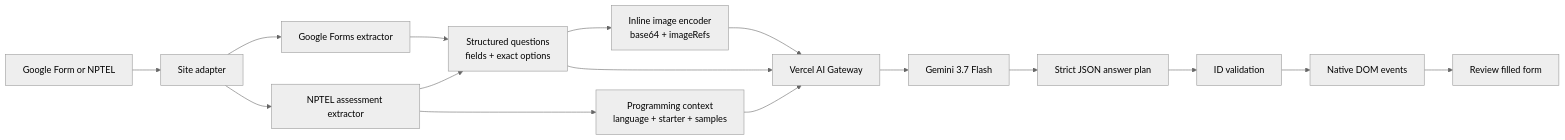
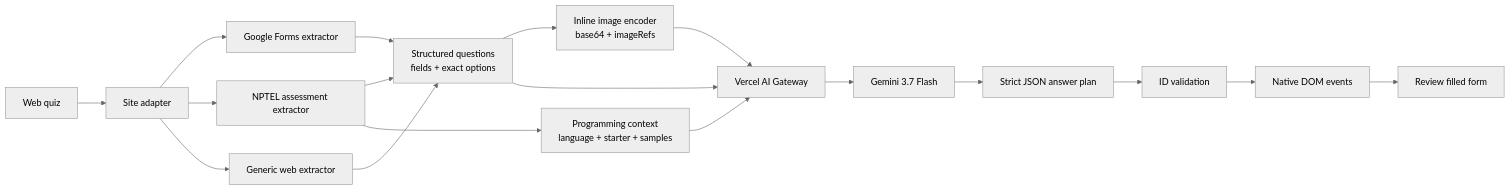
Before and after one commit to Kushalkhemka/ai-gateway-google-forms: the diagram in README.md, drawn with Mermaid (neutral theme). The commit also changed other lines of this file and 10 other files, not shown here.

````diff
--- a/README.md
+++ b/README.md
@@ -56,18 +58,20 @@
 ```mermaid
 flowchart LR
-    A[Google Form or NPTEL] --> B[Site adapter]
+    A[Web quiz] --> B[Site adapter]
     B --> C1[Google Forms extractor]
     B --> C2[NPTEL assessment extractor]
+    B --> C3[Generic web extractor]
     C1 --> C[Structured questions<br/>fields + exact options]
     C2 --> C
+    C3 --> C
     C2 --> K[Programming context<br/>language + starter + samples]
     C --> D[Inline image encoder<br/>base64 + imageRefs]
     C --> E[Vercel AI Gateway]
     K --> E
     D --> E
     E --> F[Gemini 3.7 Flash]
     F --> G[Strict JSON answer plan]
     G --> H[ID validation]
     H --> I[Native DOM events]
     I --> J[Review filled form]
 ```
````
